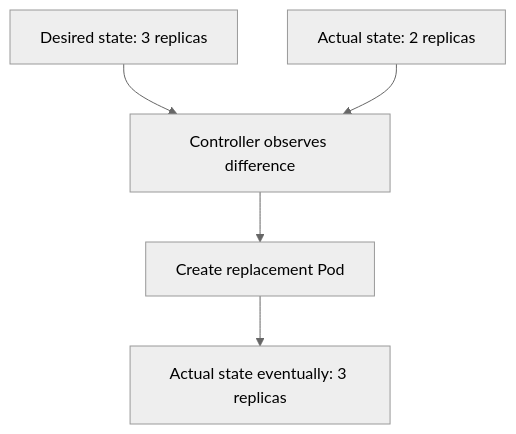
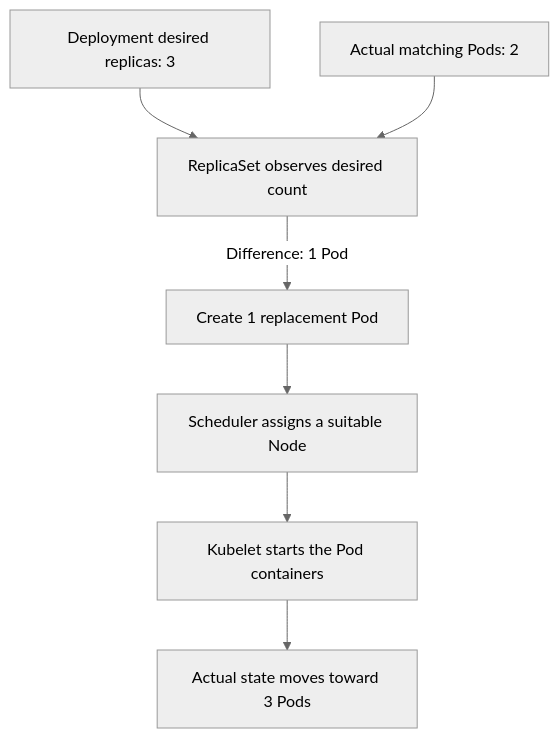
One commit to shomi-khan/k8s-tutorial changed diagram 12 of 12 in chapters/00-kubernetes-foundation/README.md. Above: the diagram before and after it, drawn with Mermaid (neutral theme). The commit also changed other lines of this file, not shown here.

Commit message:
docs: clarify Chapter 00 learning flow and diagrams

````diff
--- a/chapters/00-kubernetes-foundation/README.md
+++ b/chapters/00-kubernetes-foundation/README.md
@@ -537,9 +526,9 @@
 ```mermaid
 flowchart TD
-    DS[Desired state: 3 replicas]
-    AS[Actual state: 2 replicas]
-    DS --> C[Controller observes difference]
-    AS --> C
-    C --> R[Create replacement Pod]
-    R --> AS2[Actual state eventually: 3 replicas]
+    D[Deployment desired replicas: 3] --> RS[ReplicaSet observes desired count]
+    A[Actual matching Pods: 2] --> RS
+    RS -->|Difference: 1 Pod| P[Create 1 replacement Pod]
+    P --> S[Scheduler assigns a suitable Node]
+    S --> K[Kubelet starts the Pod containers]
+    K --> N[Actual state moves toward 3 Pods]
 ```
````
